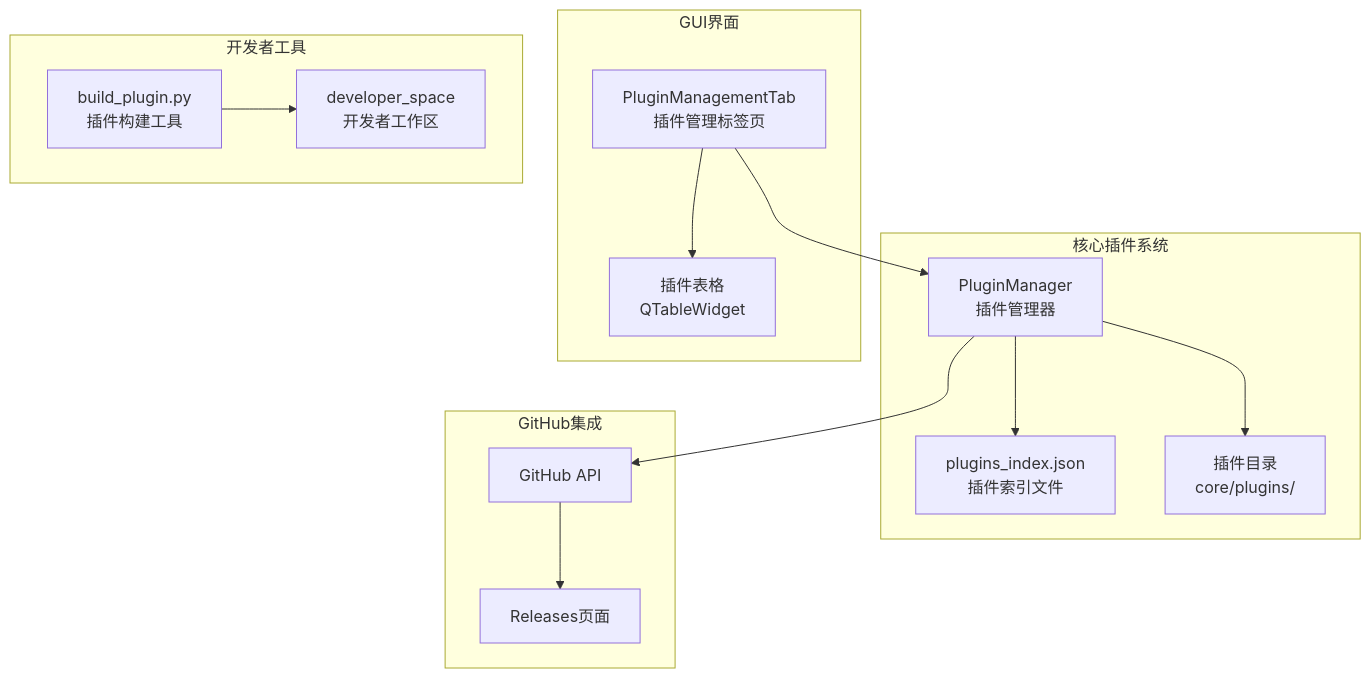
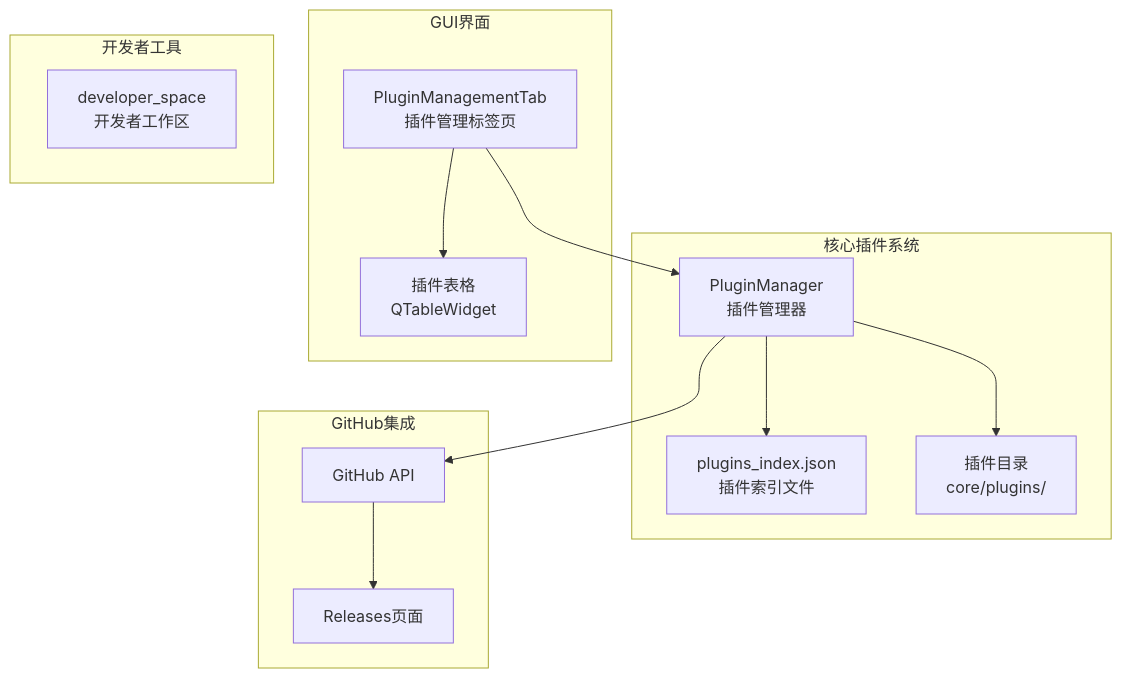
One commit to pjnt9372/Capture_Push changed the first of 5 diagrams in .wiki/zh/content/核心架构设计/插件管理系统.md. Above: the diagram before and after it, drawn with Mermaid. The commit also changed other lines of this file and 37 other files, not shown here.

````diff
--- a/.wiki/zh/content/核心架构设计/插件管理系统.md
+++ b/.wiki/zh/content/核心架构设计/插件管理系统.md
@@ -43,27 +40,25 @@
 ```mermaid
 graph TB
 subgraph "核心插件系统"
 PM[PluginManager<br/>插件管理器]
 PI[plugins_index.json<br/>插件索引文件]
 PD[插件目录<br/>core/plugins/]
 end
 subgraph "GUI界面"
 PGT[PluginManagementTab<br/>插件管理标签页]
 PT[插件表格<br/>QTableWidget]
 end
 subgraph "开发者工具"
-BP[build_plugin.py<br/>插件构建工具]
 ES[developer_space<br/>开发者工作区]
 end
 subgraph "GitHub集成"
 GH[GitHub API]
 RL[Releases页面]
 end
 PM --> PI
 PM --> PD
 PGT --> PM
 PGT --> PT
-BP --> ES
 PM --> GH
 GH --> RL
 ```
````
